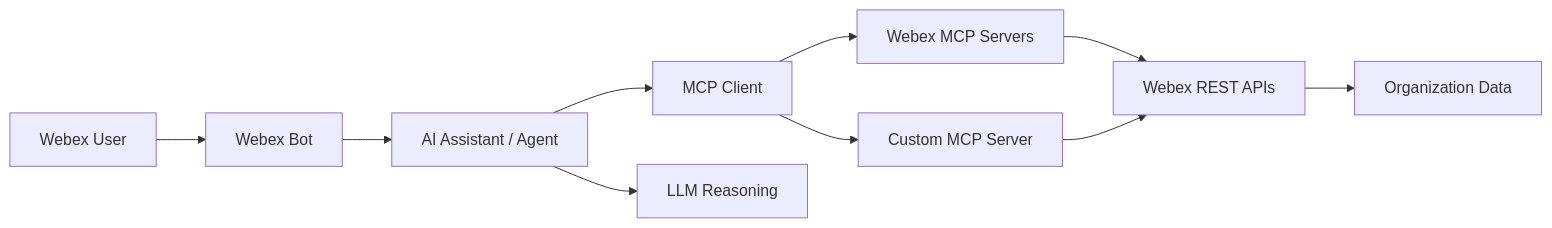
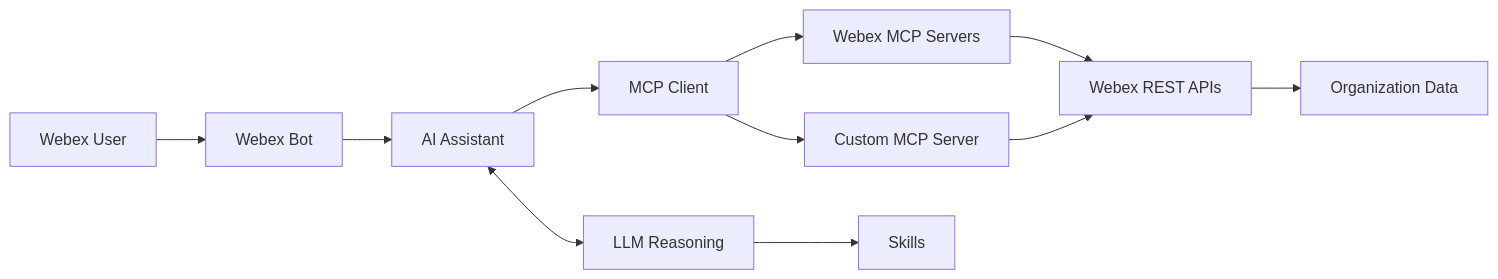
The diagram in docs/overview.md (WebexCC-SA/LAB-31123), drawn with Mermaid before and after one commit. The commit also changed other lines of this file, not shown here.

````diff
--- a/docs/overview.md
+++ b/docs/overview.md
@@ -17,12 +17,13 @@
 ```mermaid
 flowchart LR
     User[Webex User] --> Bot[Webex Bot]
-    Bot --> Agent[AI Assistant / Agent]
+    Bot --> Agent[AI Assistant]
     Agent --> Client[MCP Client]
     Client --> MCP[Webex MCP Servers]
     Client --> Custom[Custom MCP Server]
     MCP --> API[Webex REST APIs]
     Custom --> API
     API --> Org[Organization Data]
-    Agent --> LLM[LLM Reasoning]
+    Agent <--> LLM[LLM Reasoning]
+    LLM --> Skills[Skills]
 ```
````
